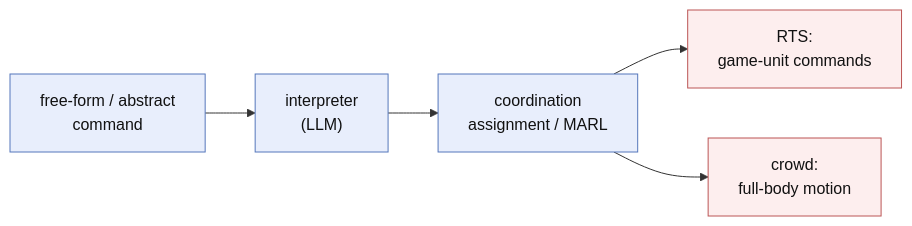
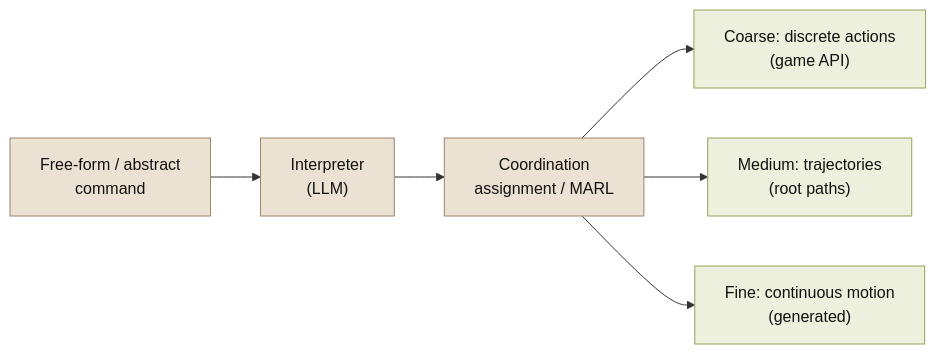
The diagram in LITERATURE.md (yuboshell/world-commander), drawn with Mermaid before and after one commit. The commit also changed other lines of this file and 9 other files, not shown here.

````diff
--- a/LITERATURE.md
+++ b/LITERATURE.md
@@ -20,11 +20,12 @@
 ```mermaid
 flowchart LR
-  C["free-form / abstract<br/>command"] --> I["interpreter<br/>(LLM)"]
-  I --> K["coordination<br/>assignment / MARL"]
-  K --> U["RTS:<br/>game-unit commands"]
-  K --> M["crowd:<br/>full-body motion"]
-  classDef shared fill:#e8eefc,stroke:#5577bb,color:#111
-  classDef edge fill:#fdeeee,stroke:#bb5555,color:#111
+  C["Free-form / abstract<br/>command"] --> I["Interpreter<br/>(LLM)"]
+  I --> K["Coordination<br/>assignment / MARL"]
+  K --> U["Coarse: discrete actions<br/>(game API)"]
+  K --> T["Medium: trajectories<br/>(root paths)"]
+  K --> M["Fine: continuous motion<br/>(generated)"]
+  classDef shared fill:#ece2d3,stroke:#9c8569,color:#111
+  classDef edge fill:#edf0dd,stroke:#94a35a,color:#111
   class C,I,K shared
-  class U,M edge
+  class U,T,M edge
 ```
````
